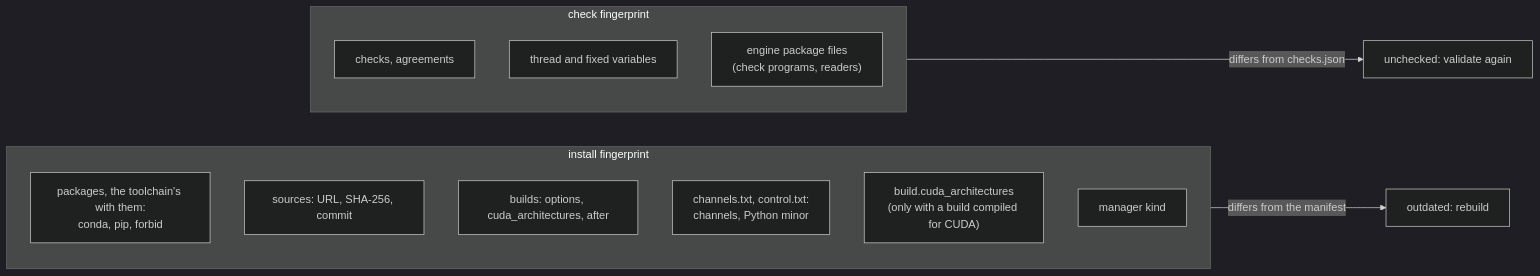
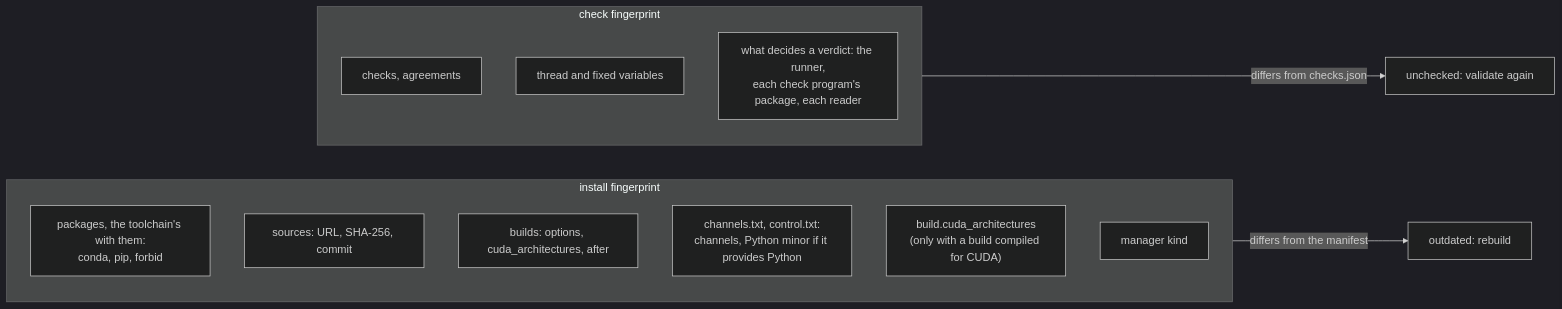
One commit to Qing-LAB/femkit changed the second of 11 diagrams in docs/contracts/envs.md. Above: the diagram before and after it, drawn with Mermaid (dark theme). The commit also changed other lines of this file and 512 other files, not shown here.

````diff
--- a/docs/contracts/envs.md
+++ b/docs/contracts/envs.md
@@ -79,20 +105,20 @@
 ```mermaid
 flowchart LR
     subgraph install["install fingerprint"]
         direction TB
         i1["packages, the toolchain's with them:<br/>conda, pip, forbid"]
         i2["sources: URL, SHA-256, commit"]
         i3["builds: options, cuda_architectures, after"]
-        i4["channels.txt, control.txt:<br/>channels, Python minor"]
+        i4["channels.txt, control.txt:<br/>channels, Python minor if it provides Python"]
         i5["build.cuda_architectures<br/>(only with a build compiled for CUDA)"]
         i6["manager kind"]
     end
     subgraph check["check fingerprint"]
         direction TB
         c1["checks, agreements"]
         c2["thread and fixed variables"]
-        c3["engine package files<br/>(check programs, readers)"]
+        c3["what decides a verdict: the runner,<br/>each check program's package, each reader"]
     end
     install -->|"differs from the manifest"| O["outdated: rebuild"]
     check -->|"differs from checks.json"| U["unchecked: validate again"]
 ```
````
